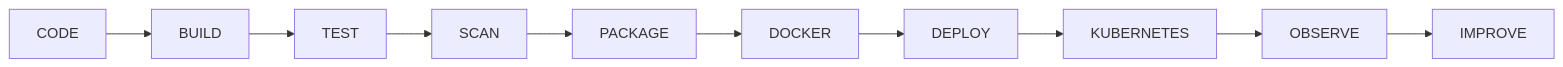
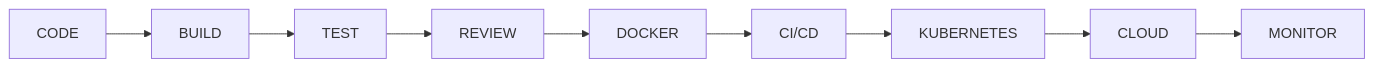
One commit to akshaykonagalla/akshaykonagalla changed the second of 2 diagrams in README.md. Above: the diagram before and after it, drawn with Mermaid. The commit also changed other lines of this file, not shown here.

````diff
--- a/README.md
+++ b/README.md
@@ -664,12 +488,11 @@
 ```mermaid
 flowchart LR
     A["CODE"] --> B["BUILD"]
     B --> C["TEST"]
-    C --> D["SCAN"]
-    D --> E["PACKAGE"]
-    E --> F["DOCKER"]
-    F --> G["DEPLOY"]
-    G --> H["KUBERNETES"]
-    H --> I["OBSERVE"]
-    I --> J["IMPROVE"]
+    C --> D["REVIEW"]
+    D --> E["DOCKER"]
+    E --> F["CI/CD"]
+    F --> G["KUBERNETES"]
+    G --> H["CLOUD"]
+    H --> I["MONITOR"]
 ```
````
